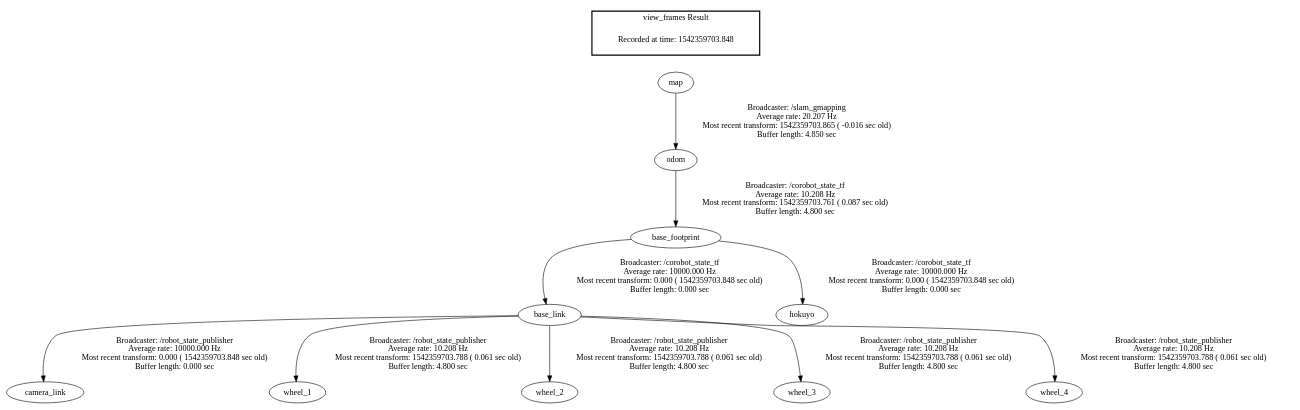
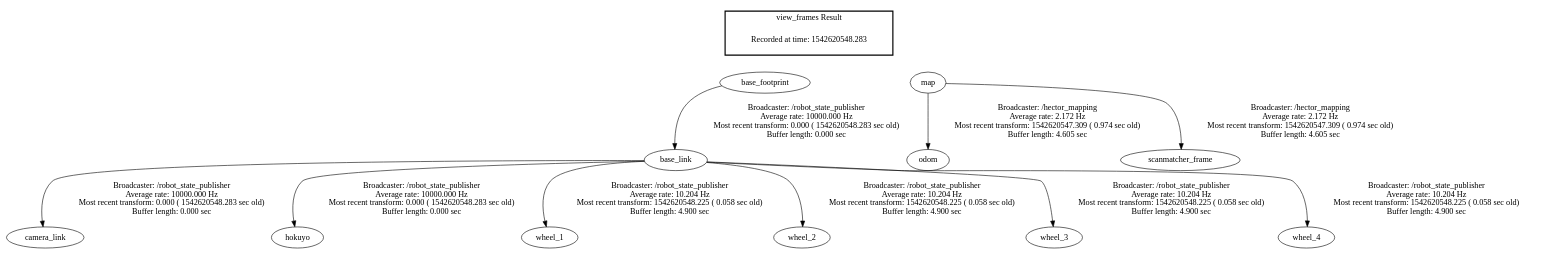
One commit to nananan/Automate-WiFi-Mapping-Using-Robot changed the diagram in catkin_ws/frames.gv. Above: the diagram before and after it, drawn with Graphviz. The commit also changed 172 other files, not shown here.

```diff
--- a/catkin_ws/frames.gv
+++ b/catkin_ws/frames.gv
@@ -1,15 +1,19 @@
 digraph G {
-"base_footprint" -> "base_link"[label="Broadcaster: /corobot_state_tf\nAverage rate: 10000.000 Hz\nMost recent transform: 0.000 ( 1542359703.848 sec old)\nBuffer length: 0.000 sec\n"];
-"odom" -> "base_footprint"[label="Broadcaster: /corobot_state_tf\nAverage rate: 10.208 Hz\nMost recent transform: 1542359703.761 ( 0.087 sec old)\nBuffer length: 4.800 sec\n"];
-"base_link" -> "camera_link"[label="Broadcaster: /robot_state_publisher\nAverage rate: 10000.000 Hz\nMost recent transform: 0.000 ( 1542359703.848 sec old)\nBuffer length: 0.000 sec\n"];
-"base_footprint" -> "hokuyo"[label="Broadcaster: /corobot_state_tf\nAverage rate: 10000.000 Hz\nMost recent transform: 0.000 ( 1542359703.848 sec old)\nBuffer length: 0.000 sec\n"];
-"map" -> "odom"[label="Broadcaster: /slam_gmapping\nAverage rate: 20.207 Hz\nMost recent transform: 1542359703.865 ( -0.016 sec old)\nBuffer length: 4.850 sec\n"];
-"base_link" -> "wheel_1"[label="Broadcaster: /robot_state_publisher\nAverage rate: 10.208 Hz\nMost recent transform: 1542359703.788 ( 0.061 sec old)\nBuffer length: 4.800 sec\n"];
-"base_link" -> "wheel_2"[label="Broadcaster: /robot_state_publisher\nAverage rate: 10.208 Hz\nMost recent transform: 1542359703.788 ( 0.061 sec old)\nBuffer length: 4.800 sec\n"];
-"base_link" -> "wheel_3"[label="Broadcaster: /robot_state_publisher\nAverage rate: 10.208 Hz\nMost recent transform: 1542359703.788 ( 0.061 sec old)\nBuffer length: 4.800 sec\n"];
-"base_link" -> "wheel_4"[label="Broadcaster: /robot_state_publisher\nAverage rate: 10.208 Hz\nMost recent transform: 1542359703.788 ( 0.061 sec old)\nBuffer length: 4.800 sec\n"];
+"base_footprint" -> "base_link"[label="Broadcaster: /robot_state_publisher\nAverage rate: 10000.000 Hz\nMost recent transform: 0.000 ( 1542620548.283 sec old)\nBuffer length: 0.000 sec\n"];
+"base_link" -> "camera_link"[label="Broadcaster: /robot_state_publisher\nAverage rate: 10000.000 Hz\nMost recent transform: 0.000 ( 1542620548.283 sec old)\nBuffer length: 0.000 sec\n"];
+"base_link" -> "hokuyo"[label="Broadcaster: /robot_state_publisher\nAverage rate: 10000.000 Hz\nMost recent transform: 0.000 ( 1542620548.283 sec old)\nBuffer length: 0.000 sec\n"];
+"base_link" -> "wheel_1"[label="Broadcaster: /robot_state_publisher\nAverage rate: 10.204 Hz\nMost recent transform: 1542620548.225 ( 0.058 sec old)\nBuffer length: 4.900 sec\n"];
+"base_link" -> "wheel_2"[label="Broadcaster: /robot_state_publisher\nAverage rate: 10.204 Hz\nMost recent transform: 1542620548.225 ( 0.058 sec old)\nBuffer length: 4.900 sec\n"];
+"base_link" -> "wheel_3"[label="Broadcaster: /robot_state_publisher\nAverage rate: 10.204 Hz\nMost recent transform: 1542620548.225 ( 0.058 sec old)\nBuffer length: 4.900 sec\n"];
+"base_link" -> "wheel_4"[label="Broadcaster: /robot_state_publisher\nAverage rate: 10.204 Hz\nMost recent transform: 1542620548.225 ( 0.058 sec old)\nBuffer length: 4.900 sec\n"];
+"map" -> "odom"[label="Broadcaster: /hector_mapping\nAverage rate: 2.172 Hz\nMost recent transform: 1542620547.309 ( 0.974 sec old)\nBuffer length: 4.605 sec\n"];
+"map" -> "scanmatcher_frame"[label="Broadcaster: /hector_mapping\nAverage rate: 2.172 Hz\nMost recent transform: 1542620547.309 ( 0.974 sec old)\nBuffer length: 4.605 sec\n"];
 edge [style=invis];
  subgraph cluster_legend { style=bold; color=black; label ="view_frames Result";
-"Recorded at time: 1542359703.848"[ shape=plaintext ] ;
+"Recorded at time: 1542620548.283"[ shape=plaintext ] ;
+ }->"base_footprint";
+edge [style=invis];
+ subgraph cluster_legend { style=bold; color=black; label ="view_frames Result";
+"Recorded at time: 1542620548.283"[ shape=plaintext ] ;
  }->"map";
 }
```
